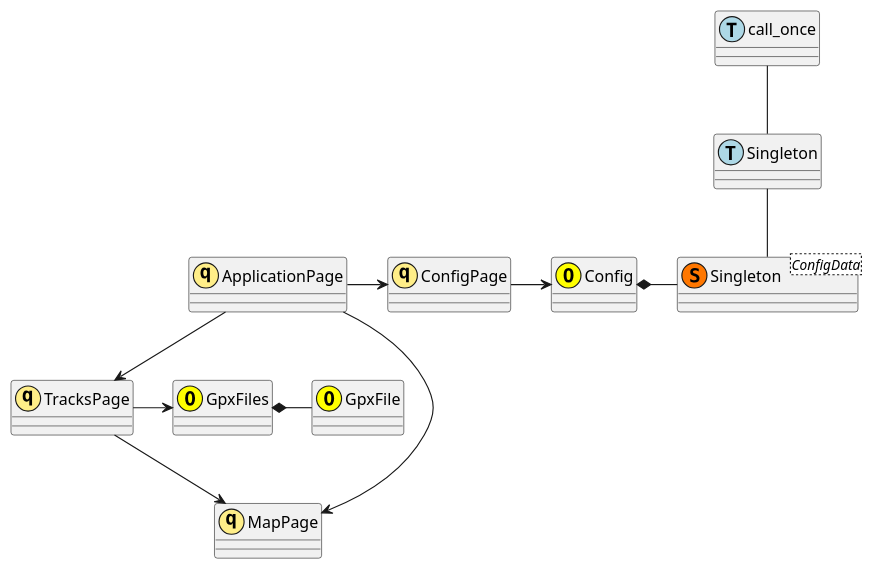
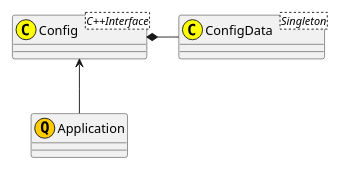
One commit to MARTIMM/HikingCompanion changed the seventh of 7 diagrams in Docs/Design.md. Above: the diagram before and after it, drawn with PlantUML. The commit also changed other lines of this file and 54 other files, not shown here.

````diff
--- a/Docs/Design.md
+++ b/Docs/Design.md
@@ -63,30 +134,34 @@
 ```plantuml
-class "Singleton<ConfigData>" as ConfigData << (S,#FF7700) >>
-class Config << (O,yellow) >>
-class GpxFiles << (O,yellow) >>
-class GpxFile << (O,yellow) >>
+scale 0.8
+'class "Singleton<ConfigData>" as ConfigData << (S,#FF7700) >>
+class "ConfigData<Singleton>" as ConfigData << (C,yellow) >>
+'class Config << (C,yellow) >>
+class "Config<C++Interface>" as Config << (C,yellow) >>
+'class GpxFiles << (C,yellow) >>
+'class GpxFile << (C,yellow) >>
 
-class "ApplicationPage" as ap << (q,#ffee88) >>
-class "MapPage" as mp << (q,#ffee88) >>
-class "TracksPage" as tp << (q,#ffee88) >>
-class "ConfigPage" as cp << (q,#ffee88) >>
+class "Application" as ap << (Q,#ffcc00) >>
+'class "MapPage" as mp << (Q,#ffcc00) >>
+'class "TracksPage" as tp << (Q,#ffcc00) >>
+'class "ConfigPage" as cp << (Q,#ffcc00) >>
 
-class call_once << (T,lightblue) >>
-class Singleton << (T,lightblue) >>
+'class call_once << (T,lightblue) >>
+'class Singleton << (T,lightblue) >>
 
 
 Config *- ConfigData
 'ConfigData *- GpxFiles
-GpxFiles *- GpxFile
+'GpxFiles *- GpxFile
 
-call_once -- Singleton
-Singleton -- ConfigData
+'call_once -- Singleton
+'Singleton -- ConfigData
 
-ap --> mp
-ap -> cp
-ap --> tp
+Config <-- ap
+'ap --> mp
+'ap -> cp
+'ap --> tp
 
-cp -> Config
-tp -> GpxFiles
-tp --> mp
+'cp -> Config
+'tp -> GpxFiles
+'tp --> mp
 ```
````
